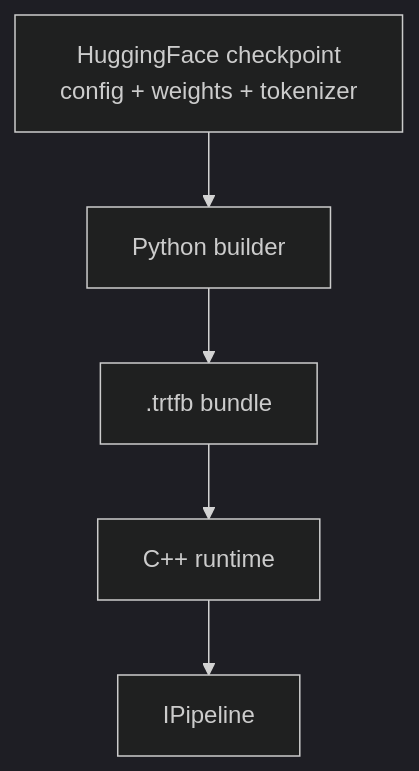
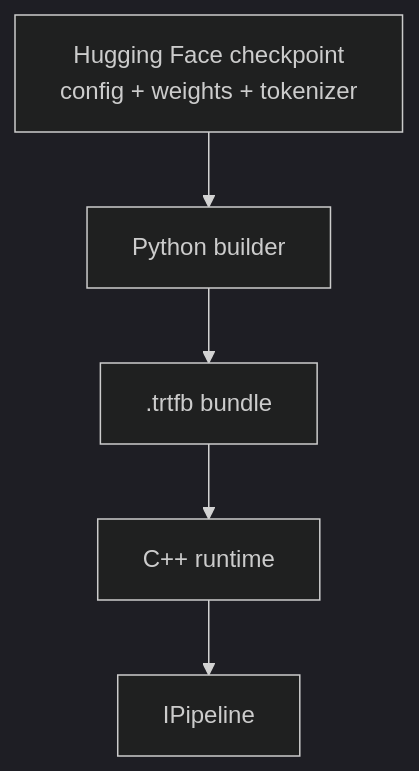
Before and after one commit to NVIDIA/TensorRT-Model-Connect: the first of 4 diagrams in website/docs/architecture/bundle-format.md, drawn with Mermaid (dark theme). The commit also changed other lines of this file and 33 other files, not shown here.

````diff
--- a/website/docs/architecture/bundle-format.md
+++ b/website/docs/architecture/bundle-format.md
@@ -16,7 +16,7 @@
 ```mermaid
 flowchart TD
-  Checkpoint["HuggingFace checkpoint<br/>config + weights + tokenizer"] --> Builder["Python builder"]
+  Checkpoint["Hugging Face checkpoint<br/>config + weights + tokenizer"] --> Builder["Python builder"]
   Builder --> Bundle[".trtfb bundle"]
   Bundle --> Runtime["C++ runtime"]
   Runtime --> Pipeline["IPipeline"]
 ```
````
